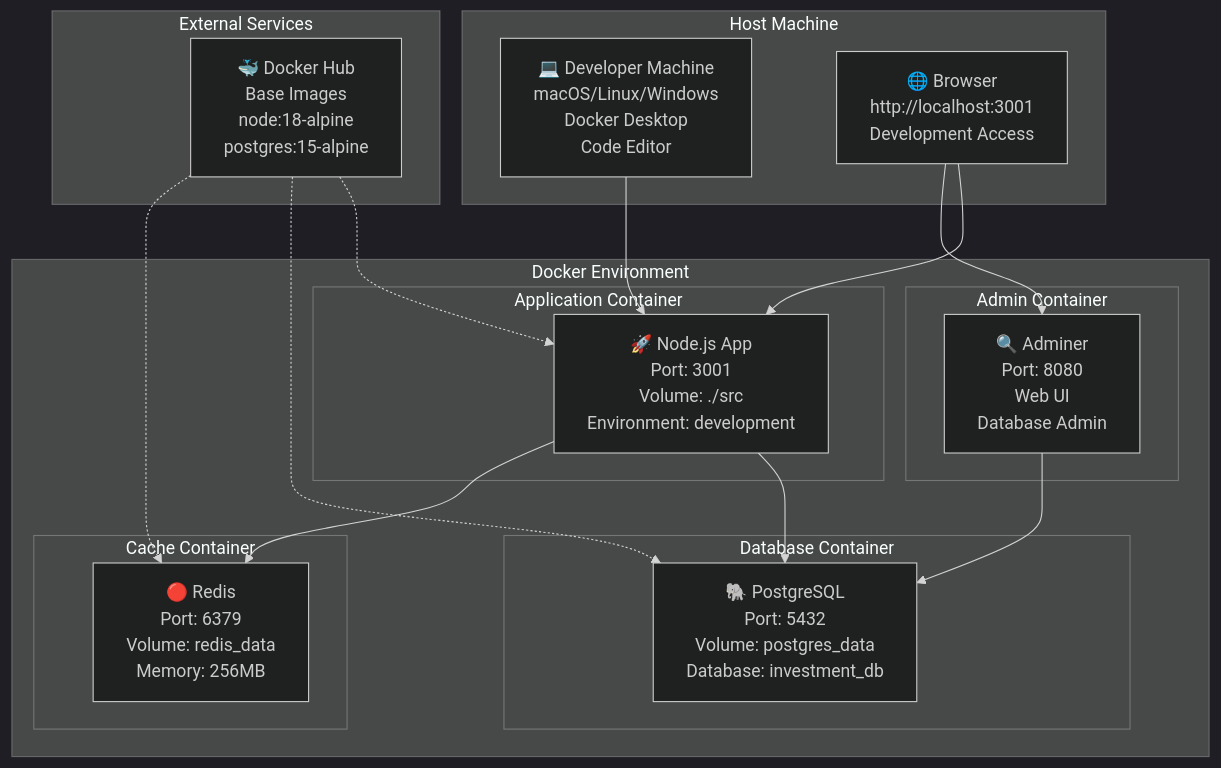
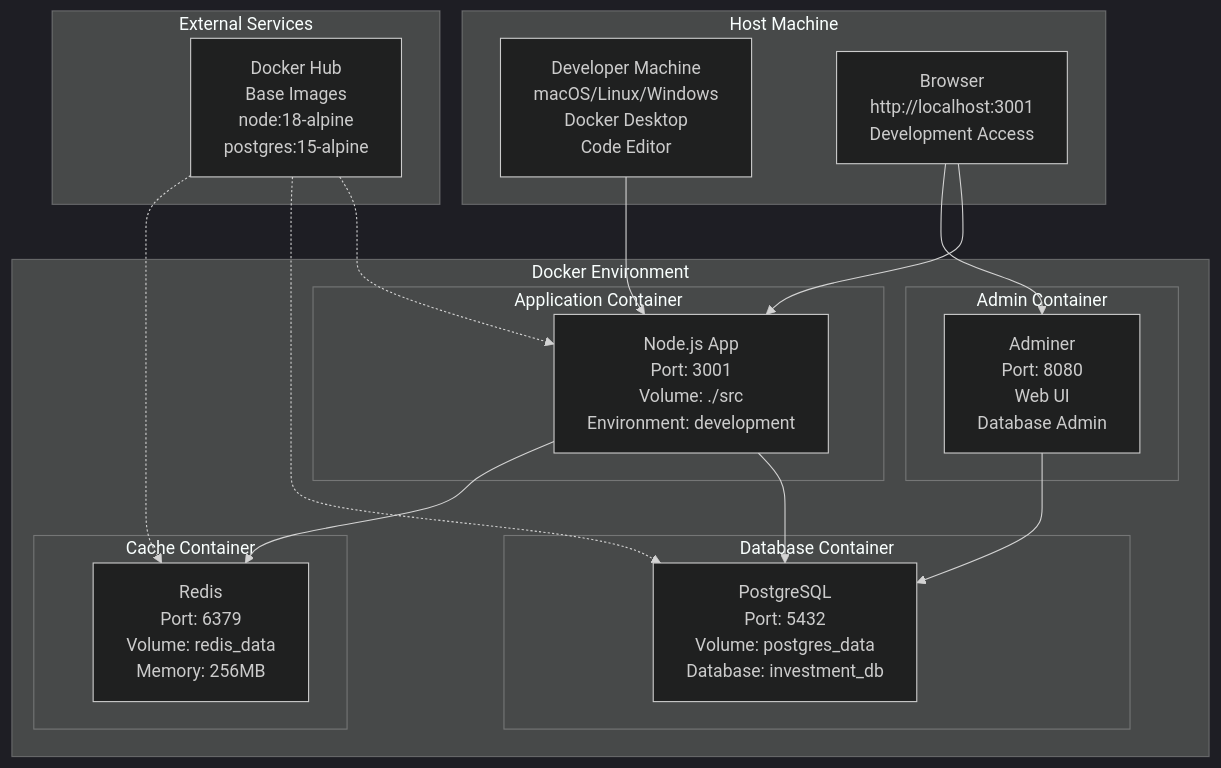
The seventh of 12 diagrams in sistema-investimentos/docs/c4-arquitetura-completa.md (FIAP/DCLT-arquiteturas), drawn with Mermaid (dark theme) before and after one commit. The commit also changed other lines of this file and 1489 other files, not shown here.

````diff
--- a/sistema-investimentos/docs/c4-arquitetura-completa.md
+++ b/sistema-investimentos/docs/c4-arquitetura-completa.md
@@ -430,40 +430,40 @@
 ```mermaid
 graph TB
     subgraph "Docker Environment"
         subgraph "Application Container"
-            NODE_APP[🚀 Node.js App<br/>Port: 3001<br/>Volume: ./src<br/>Environment: development]
+            NODE_APP[Node.js App<br/>Port: 3001<br/>Volume: ./src<br/>Environment: development]
         end
         
         subgraph "Database Container"
-            POSTGRES_DB[🐘 PostgreSQL<br/>Port: 5432<br/>Volume: postgres_data<br/>Database: investment_db]
+            POSTGRES_DB[PostgreSQL<br/>Port: 5432<br/>Volume: postgres_data<br/>Database: investment_db]
         end
         
         subgraph "Cache Container"
-            REDIS_CACHE[🔴 Redis<br/>Port: 6379<br/>Volume: redis_data<br/>Memory: 256MB]
+            REDIS_CACHE[Redis<br/>Port: 6379<br/>Volume: redis_data<br/>Memory: 256MB]
         end
         
         subgraph "Admin Container"
-            ADMINER_UI[🔍 Adminer<br/>Port: 8080<br/>Web UI<br/>Database Admin]
+            ADMINER_UI[Adminer<br/>Port: 8080<br/>Web UI<br/>Database Admin]
         end
     end
     
     subgraph "Host Machine"
-        LOCALHOST[💻 Developer Machine<br/>macOS/Linux/Windows<br/>Docker Desktop<br/>Code Editor]
-        BROWSER_DEV[🌐 Browser<br/>http://localhost:3001<br/>Development Access]
+        LOCALHOST[Developer Machine<br/>macOS/Linux/Windows<br/>Docker Desktop<br/>Code Editor]
+        BROWSER_DEV[Browser<br/>http://localhost:3001<br/>Development Access]
     end
     
     subgraph "External Services"
-        DOCKER_HUB[🐳 Docker Hub<br/>Base Images<br/>node:18-alpine<br/>postgres:15-alpine]
+        DOCKER_HUB[Docker Hub<br/>Base Images<br/>node:18-alpine<br/>postgres:15-alpine]
     end
     
     LOCALHOST --> NODE_APP
     NODE_APP --> POSTGRES_DB
     NODE_APP --> REDIS_CACHE
     ADMINER_UI --> POSTGRES_DB
     BROWSER_DEV --> NODE_APP
     BROWSER_DEV --> ADMINER_UI
     
     DOCKER_HUB -.-> NODE_APP
     DOCKER_HUB -.-> POSTGRES_DB
     DOCKER_HUB -.-> REDIS_CACHE
 ```
````
